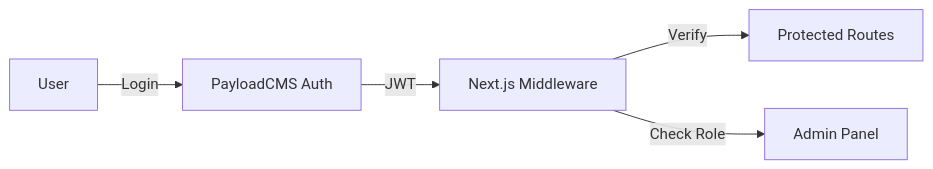
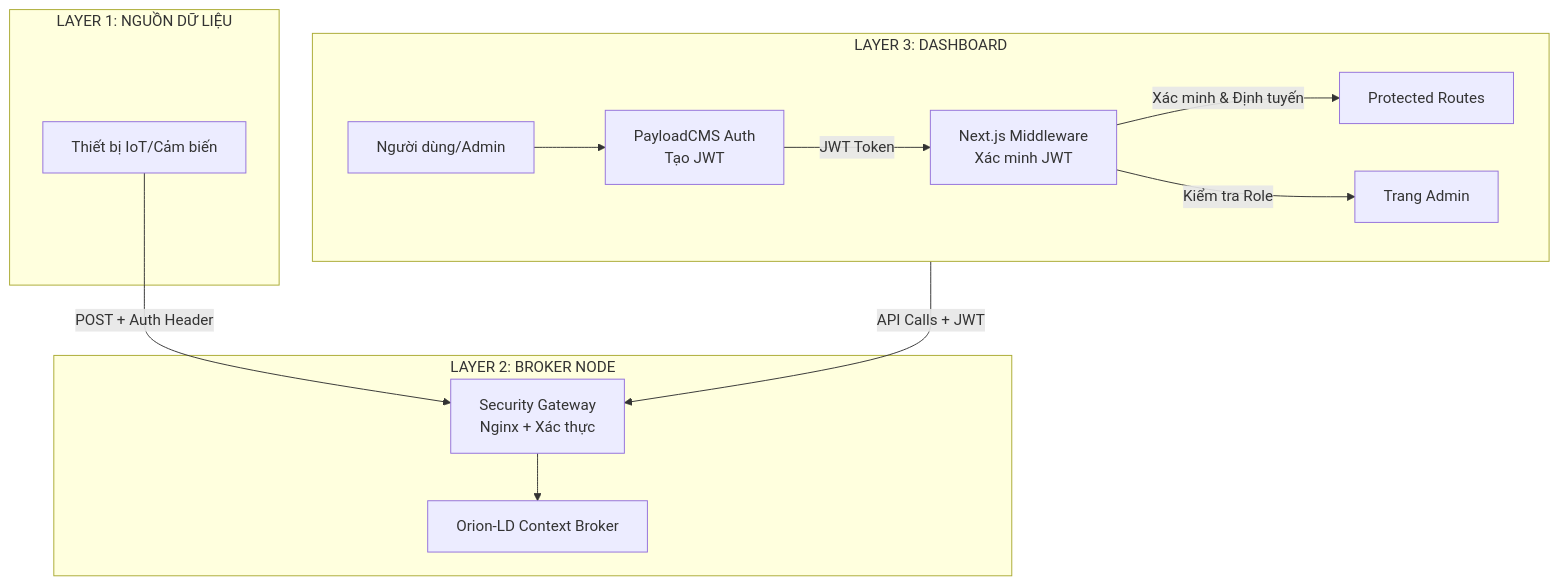
The fourth of 4 diagrams in docs/getting-started/architecture.vi.md (CTU-SematX/LegoCity), drawn with Mermaid before and after one commit. The commit also changed other lines of this file and 152 other files, not shown here.

First line of the commit message:
docs: Fix broken links and update architecture diagrams

````diff
--- a/docs/getting-started/architecture.vi.md
+++ b/docs/getting-started/architecture.vi.md
@@ -262,7 +244,28 @@
 ```mermaid
-graph LR
-    A[User] -->|Login| B[PayloadCMS Auth]
-    B -->|JWT| C[Next.js Middleware]
-    C -->|Verify| D[Protected Routes]
-    C -->|Check Role| E[Admin Panel]
+flowchart TB
+    subgraph Layer1["LAYER 1: NGUỒN DỮ LIỆU"]
+        IoT[Thiết bị IoT/Cảm biến]
+    end
+
+    subgraph Layer2["LAYER 2: BROKER NODE"]
+        Gateway[Security Gateway<br/>Nginx + Xác thực]
+        Broker[Orion-LD Context Broker]
+        Gateway --> Broker
+    end
+
+    subgraph Layer3["LAYER 3: DASHBOARD"]
+        User[Người dùng/Admin]
+        Auth[PayloadCMS Auth<br/>Tạo JWT]
+        MW[Next.js Middleware<br/>Xác minh JWT]
+        Routes[Protected Routes]
+        Admin[Trang Admin]
+
+        User --> Auth
+        Auth -->|JWT Token| MW
+        MW -->|Xác minh & Định tuyến| Routes
+        MW -->|Kiểm tra Role| Admin
+    end
+
+    IoT -->|POST + Auth Header| Gateway
+    Layer3 -->|API Calls + JWT| Gateway
 ```
````
